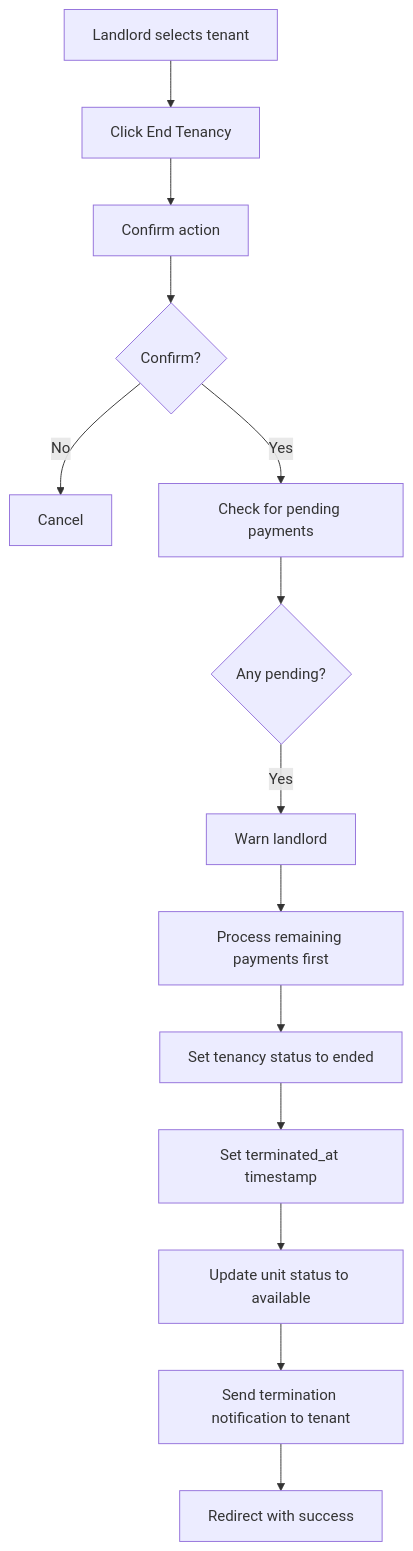
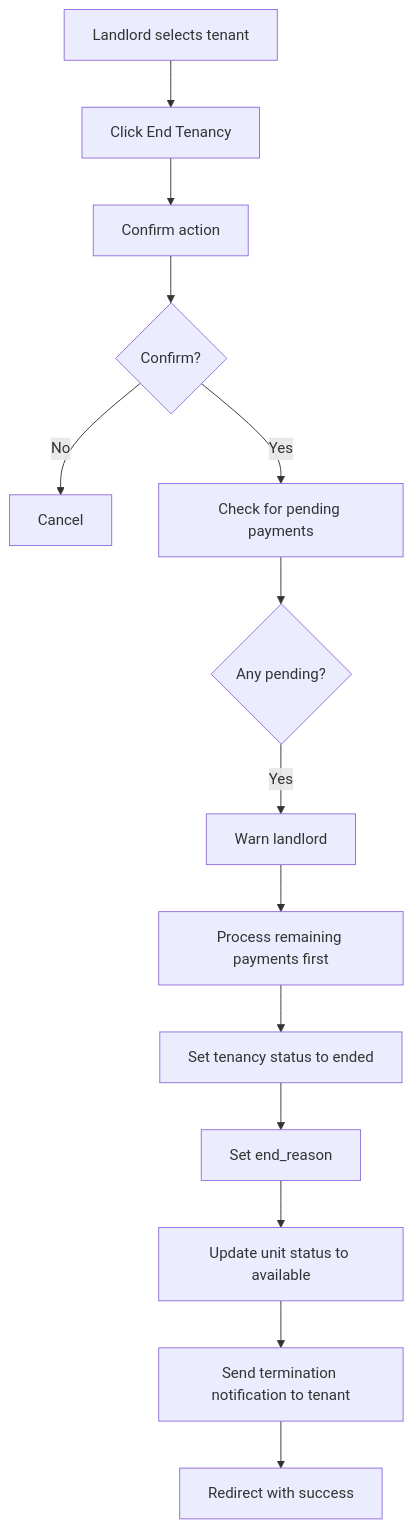
One commit to luisosena/estate changed diagram 15 of 17 in docs/projectsummary/BUSINESS_LOGIC.md. Above: the diagram before and after it, drawn with Mermaid. The commit also changed other lines of this file and 9 other files, not shown here.

````diff
--- a/docs/projectsummary/BUSINESS_LOGIC.md
+++ b/docs/projectsummary/BUSINESS_LOGIC.md
@@ -1141,16 +1121,16 @@
 ```mermaid
 flowchart TD
     A[Landlord selects tenant] --> B[Click End Tenancy]
     B --> C[Confirm action]
     C --> D{Confirm?}
     D -->|No| E[Cancel]
     D -->|Yes| F[Check for pending payments]
     F --> G{Any pending?}
     G -->|Yes| H[Warn landlord]
     H --> I[Process remaining payments first]
     I --> J[Set tenancy status to ended]
-    J --> K[Set terminated_at timestamp]
+    J --> K[Set end_reason]
     K --> L[Update unit status to available]
     L --> M[Send termination notification to tenant]
     M --> N[Redirect with success]
 ```
````
